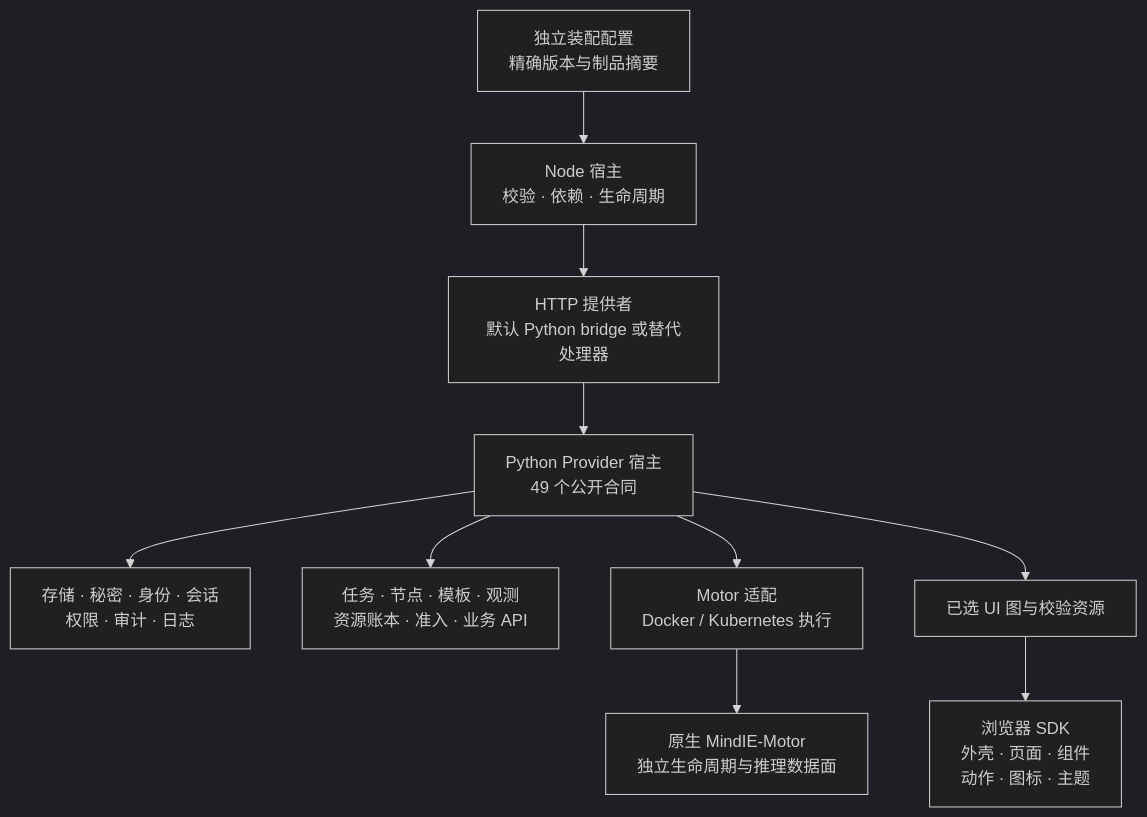
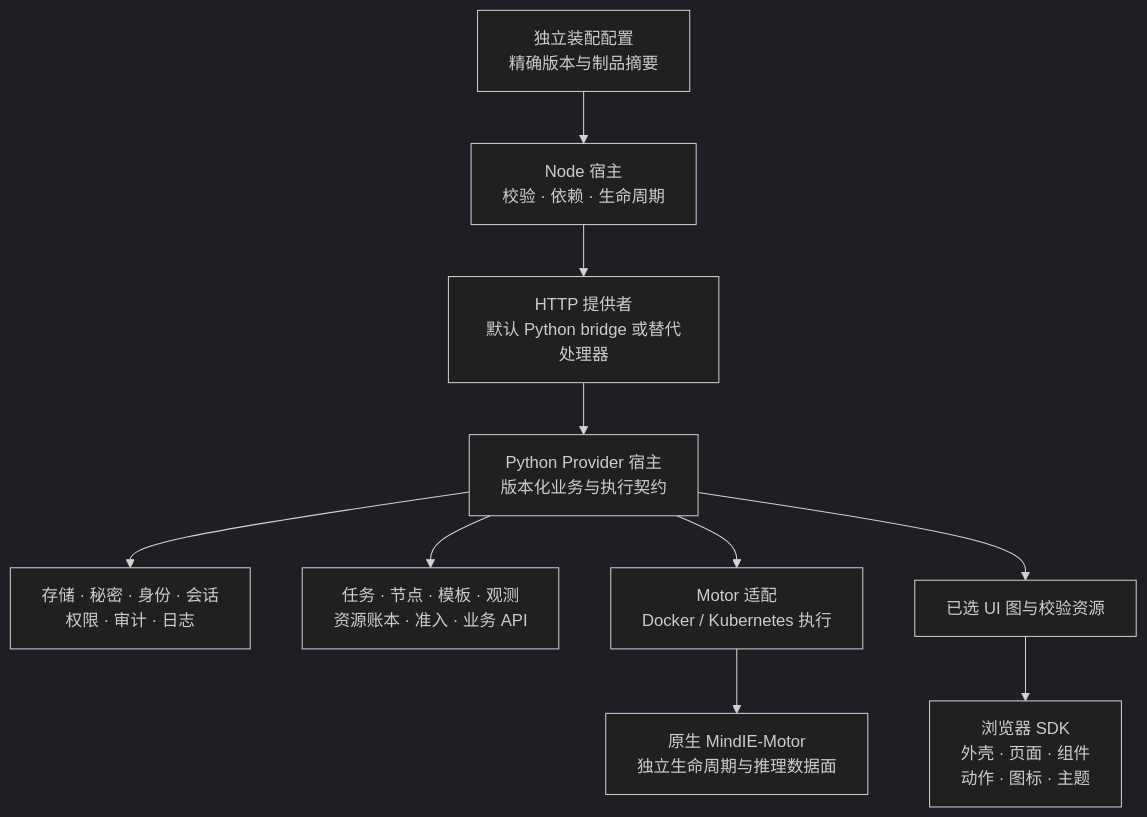
Before and after one commit to ZhengDeL/MindIE-Motor-Console: the first of 2 diagrams in web/docs/REPLACEABLE_PLUGIN_ARCHITECTURE.md, drawn with Mermaid (dark theme). The commit also changed other lines of this file and 80 other files, not shown here.

````diff
--- a/web/docs/REPLACEABLE_PLUGIN_ARCHITECTURE.md
+++ b/web/docs/REPLACEABLE_PLUGIN_ARCHITECTURE.md
@@ -11,12 +11,12 @@
 ```mermaid
 flowchart TB
   CONFIG["独立装配配置<br/>精确版本与制品摘要"] --> HOST["Node 宿主<br/>校验 · 依赖 · 生命周期"]
   HOST --> HTTP["HTTP 提供者<br/>默认 Python bridge 或替代处理器"]
-  HTTP --> PY["Python Provider 宿主<br/>49 个公开合同"]
+  HTTP --> PY["Python Provider 宿主<br/>版本化业务与执行契约"]
   PY --> DATA["存储 · 秘密 · 身份 · 会话<br/>权限 · 审计 · 日志"]
   PY --> BIZ["任务 · 节点 · 模板 · 观测<br/>资源账本 · 准入 · 业务 API"]
   PY --> RUNTIME["Motor 适配<br/>Docker / Kubernetes 执行"]
   PY --> BOOT["已选 UI 图与校验资源"]
   BOOT --> UI["浏览器 SDK<br/>外壳 · 页面 · 组件<br/>动作 · 图标 · 主题"]
   RUNTIME --> NATIVE["原生 MindIE-Motor<br/>独立生命周期与推理数据面"]
 ```
````
